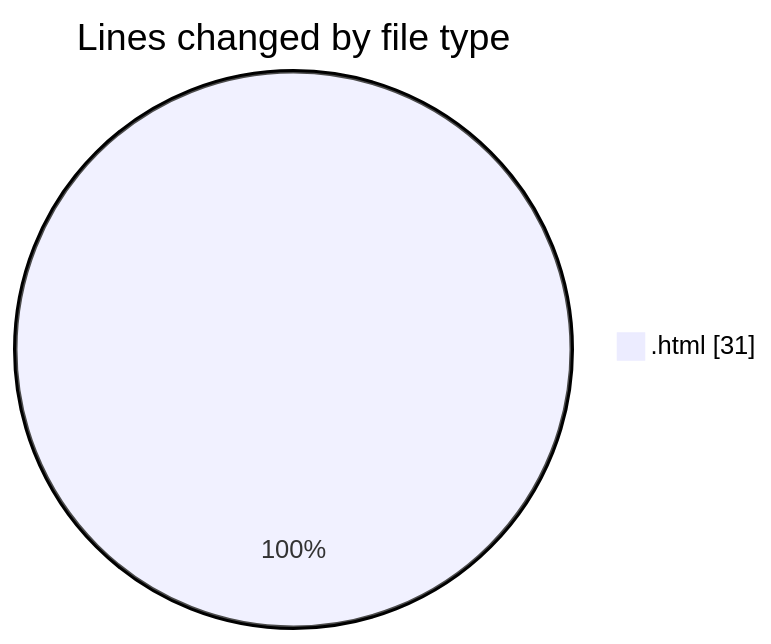
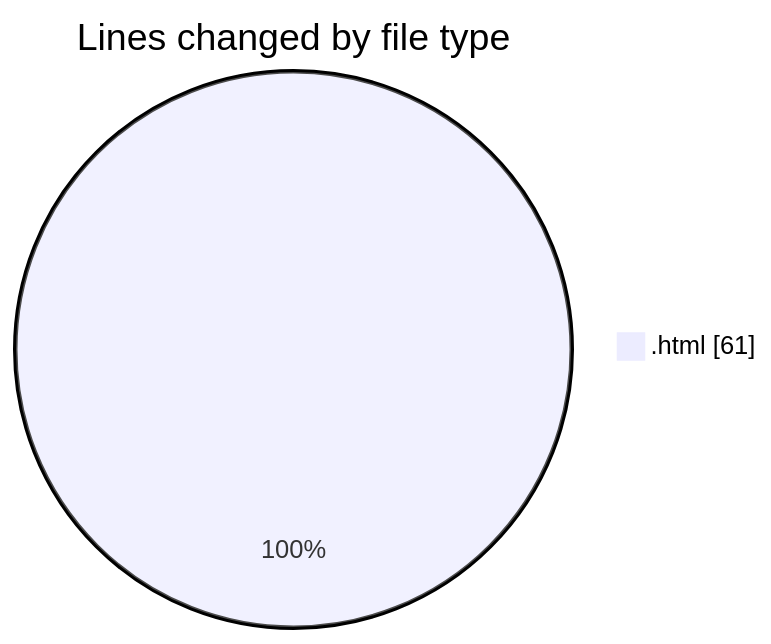
Before and after one commit to nxtqubesakshisongat/code-tracking: the first of 2 diagrams in 2025-10-24/javacript/README.md, drawn with Mermaid. The commit also changed other lines of this file and 1 other file, not shown here.

````diff
--- a/2025-10-24/javacript/README.md
+++ b/2025-10-24/javacript/README.md
@@ -20,5 +20,5 @@
 ```mermaid
 pie showData
 title Lines changed by file type
-".html" : 31
+".html" : 61
 ```
````
